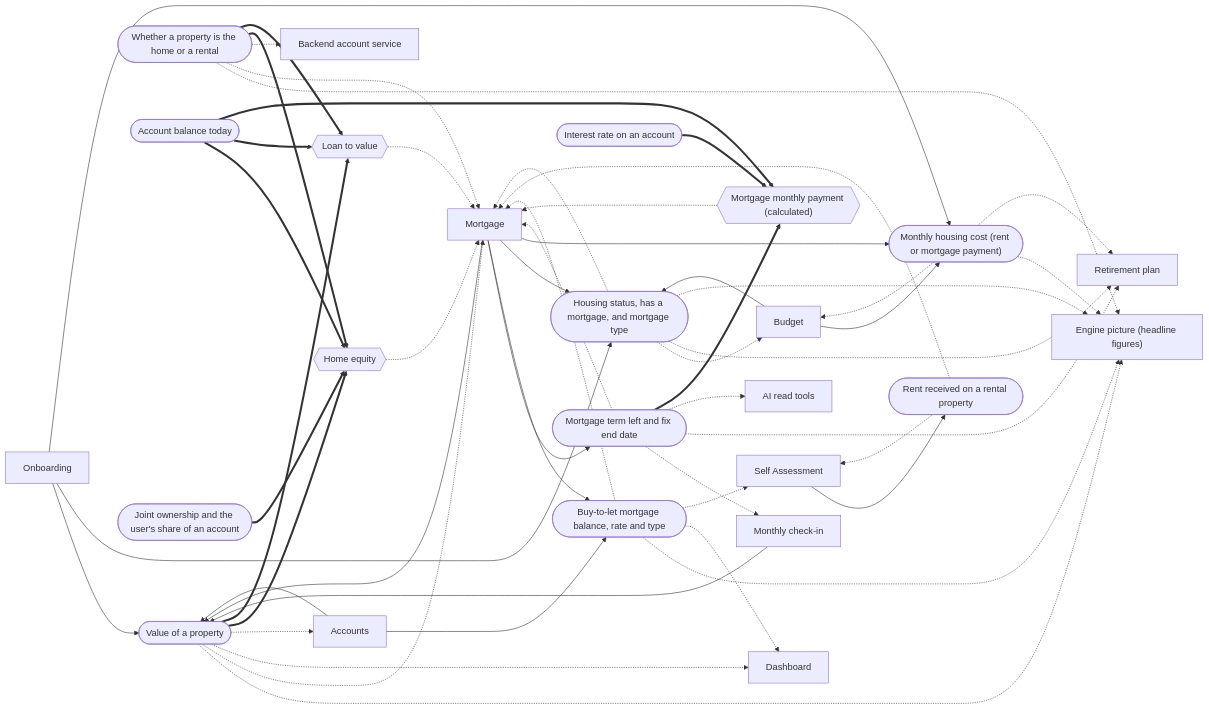
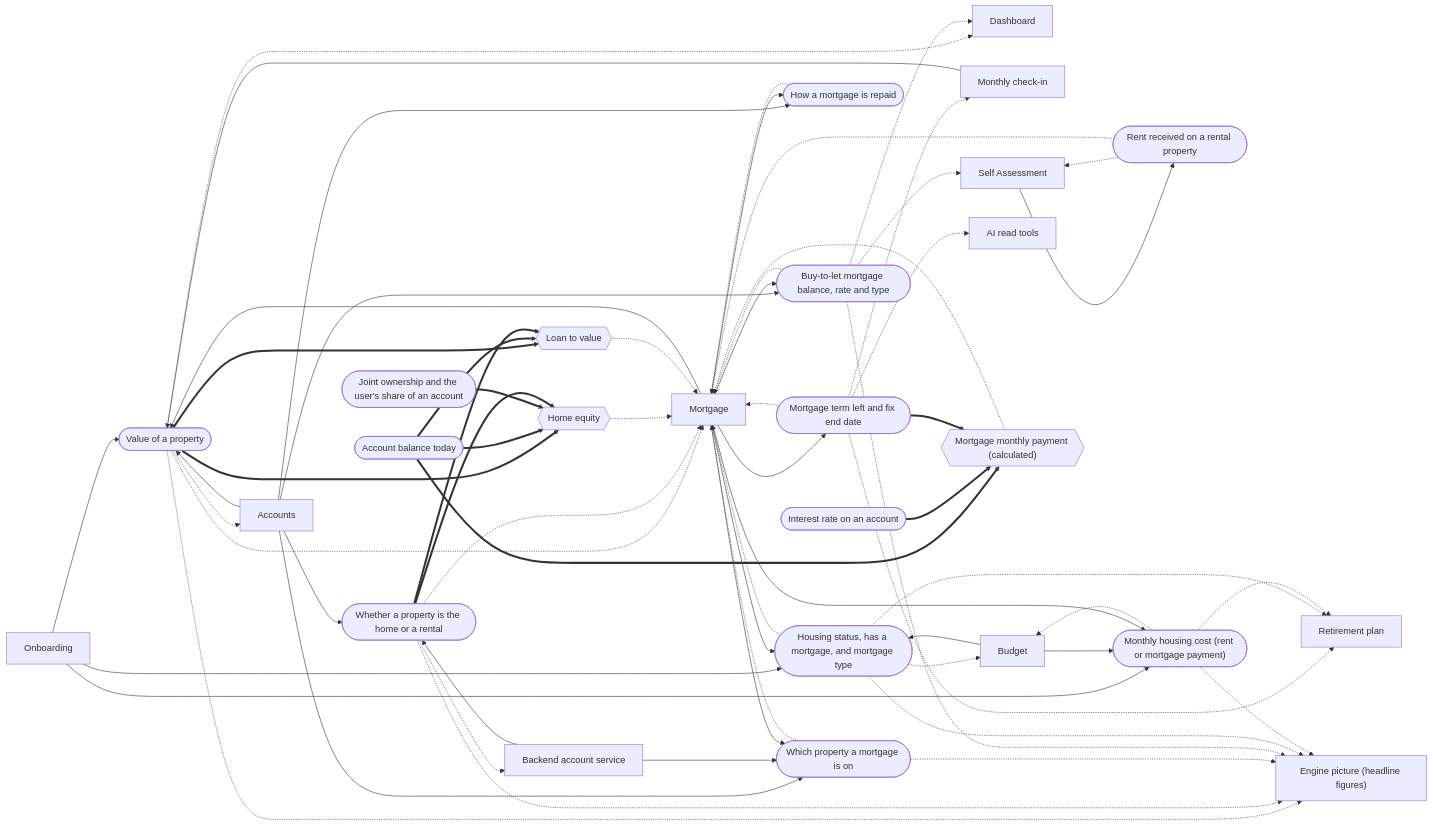
Before and after one commit to mgallagher56/flump: the third of 7 diagrams in docs/system/generated/connections.md, drawn with Mermaid. The commit also changed other lines of this file and 149 other files, not shown here.

```diff
--- a/docs/system/generated/connections.md
+++ b/docs/system/generated/connections.md
@@ -296,9 +298,21 @@
   f_home_value -.-> s_dashboard
   f_home_value -.-> s_accounts
   f_property_kind(["Whether a property is the home or a rental"])
+  s_accounts --> f_property_kind
+  s_account_service --> f_property_kind
   f_property_kind -.-> s_picture
   f_property_kind -.-> s_mortgage
   f_property_kind -.-> s_account_service
+  f_mortgage_property_link(["Which property a mortgage is on"])
+  s_accounts --> f_mortgage_property_link
+  s_account_service --> f_mortgage_property_link
+  s_mortgage --> f_mortgage_property_link
+  f_mortgage_property_link -.-> s_picture
+  f_mortgage_property_link -.-> s_mortgage
+  f_repayment_type(["How a mortgage is repaid"])
+  s_accounts --> f_repayment_type
+  s_mortgage --> f_repayment_type
+  f_repayment_type -.-> s_mortgage
   f_buy_to_let_mortgage(["Buy-to-let mortgage balance, rate and type"])
   s_accounts --> f_buy_to_let_mortgage
   s_mortgage --> f_buy_to_let_mortgage
```
